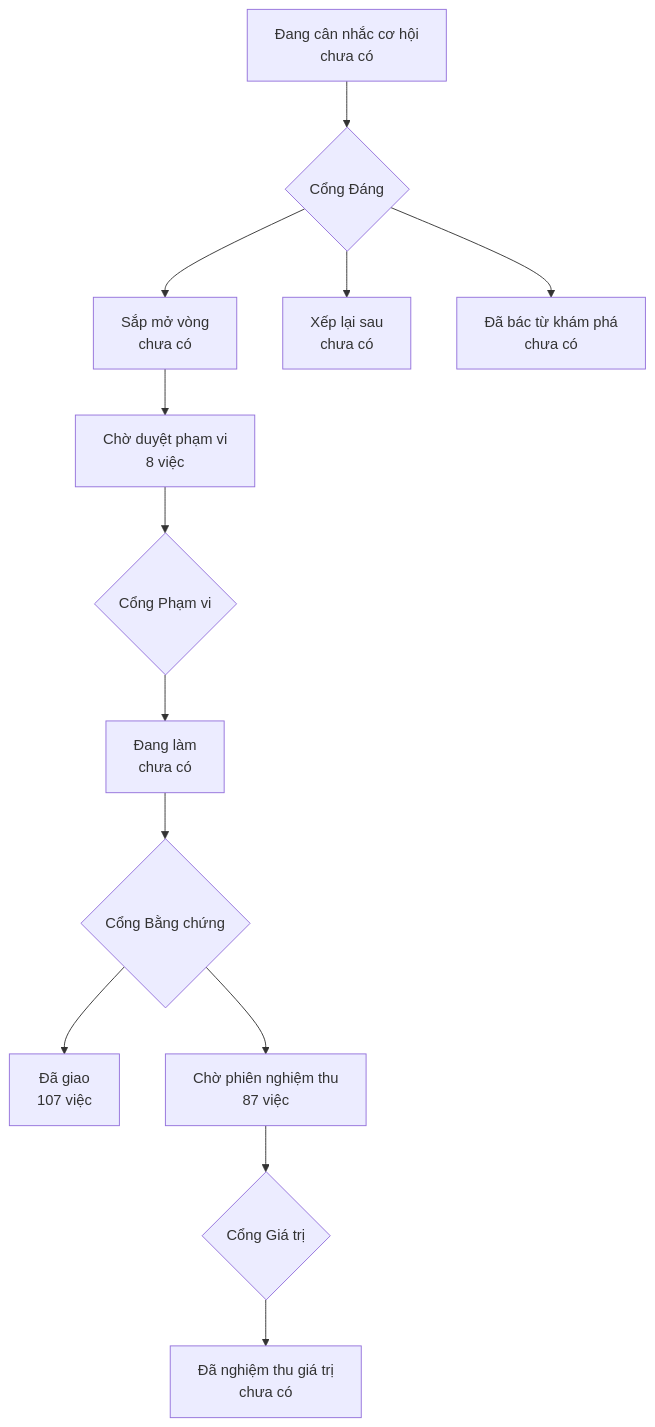
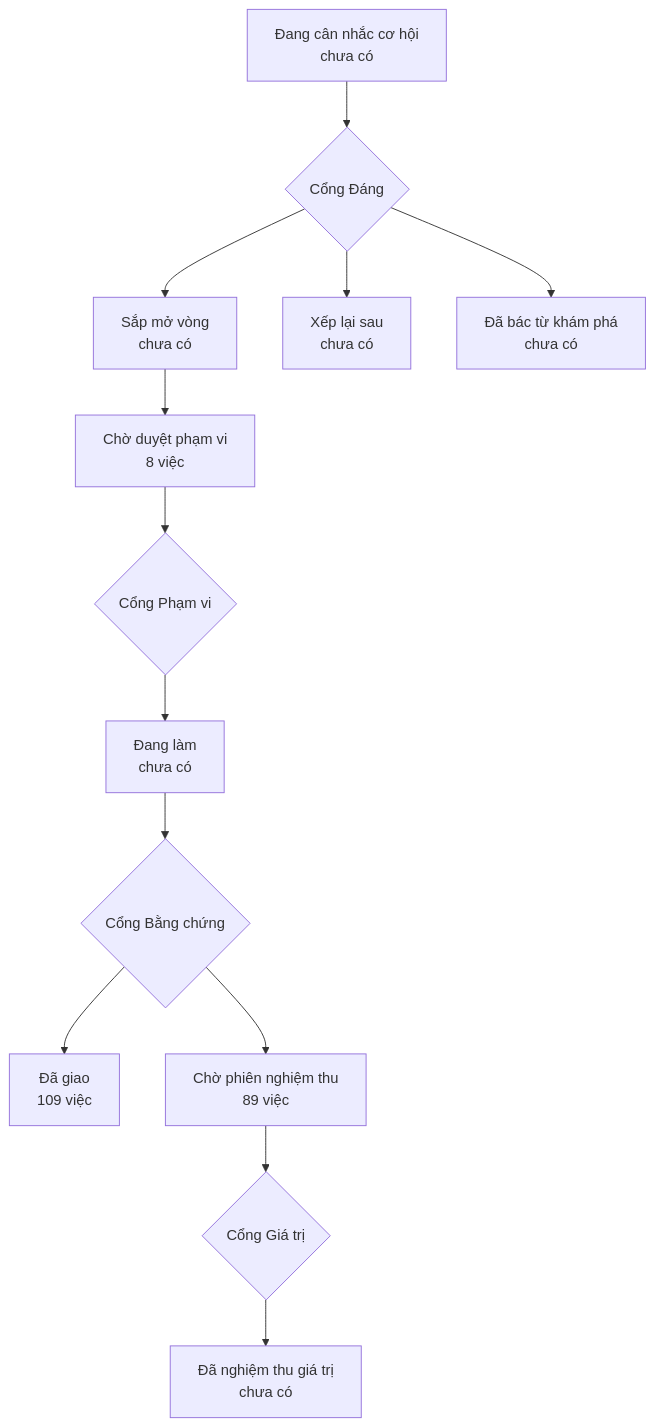
The diagram in PRODUCT-MAP.md (phanlemanh/onehub-invest), drawn with Mermaid before and after one commit. The commit also changed other lines of this file and 1 other file, not shown here.

Commit message:
chore(sd3-test-chiu-song-song): vẽ lại bản đồ sau gộp main a791b4dd

````diff
--- a/PRODUCT-MAP.md
+++ b/PRODUCT-MAP.md
@@ -7,12 +7,12 @@
 ```mermaid
 flowchart TD
   A["Đang cân nhắc cơ hội<br/>chưa có"] --> GD{"Cổng Đáng"}
   GD --> B["Sắp mở vòng<br/>chưa có"]
   GD --> XL["Xếp lại sau<br/>chưa có"]
   GD --> DB["Đã bác từ khám phá<br/>chưa có"]
   B --> CD["Chờ duyệt phạm vi<br/>8 việc"] --> GP{"Cổng Phạm vi"}
   GP --> DL["Đang làm<br/>chưa có"] --> GB{"Cổng Bằng chứng"}
-  GB --> DG["Đã giao<br/>107 việc"]
-  GB --> CN["Chờ phiên nghiệm thu<br/>87 việc"] --> GG{"Cổng Giá trị"}
+  GB --> DG["Đã giao<br/>109 việc"]
+  GB --> CN["Chờ phiên nghiệm thu<br/>89 việc"] --> GG{"Cổng Giá trị"}
   GG --> NT["Đã nghiệm thu giá trị<br/>chưa có"]
 ```
````
